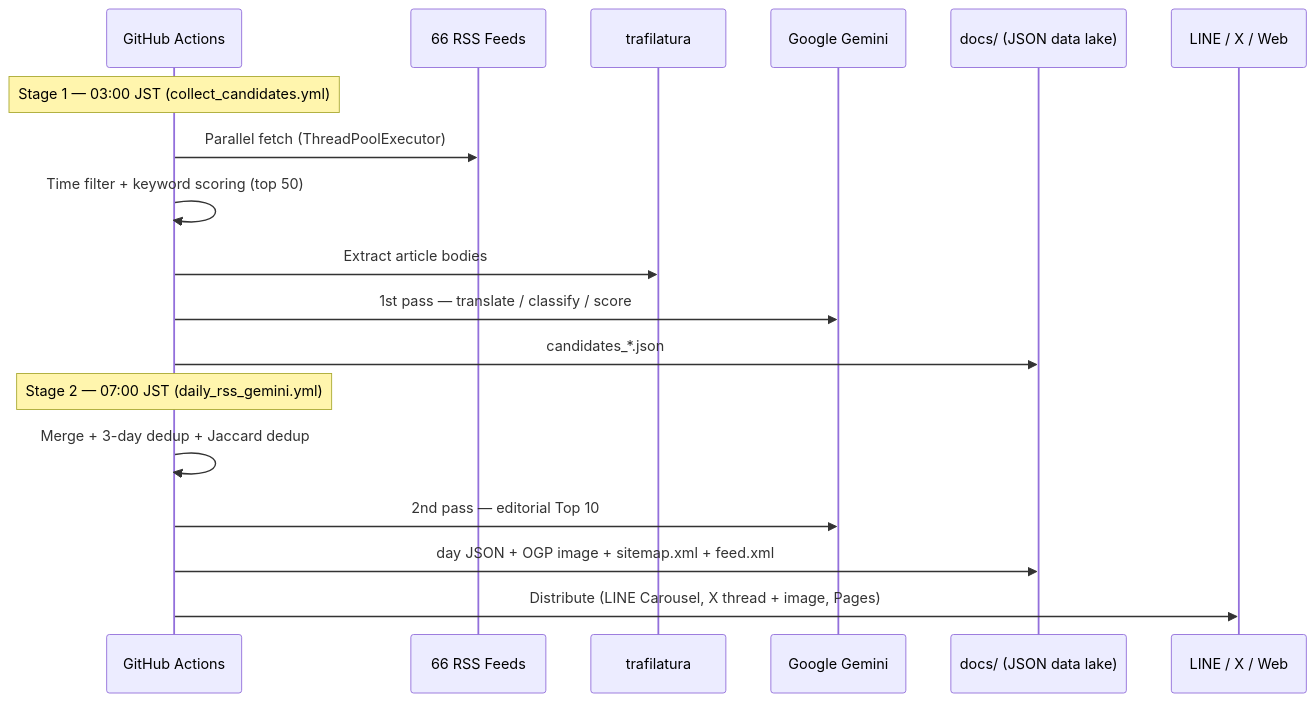
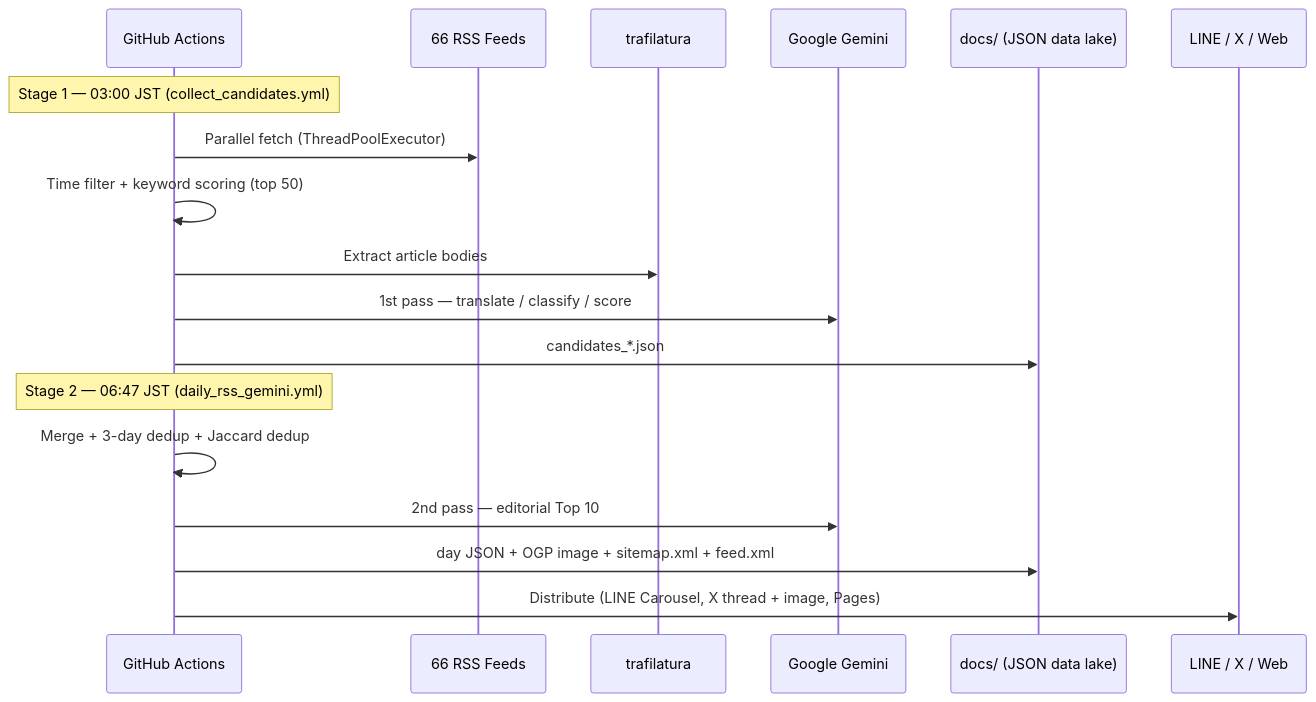
One commit to TadFuji/ai-news-bot changed the diagram in docs/ARCHITECTURE.md. Above: the diagram before and after it, drawn with Mermaid. The commit also changed 4 other files, not shown here.

````diff
--- a/docs/ARCHITECTURE.md
+++ b/docs/ARCHITECTURE.md
@@ -47,22 +47,22 @@
 ```mermaid
 sequenceDiagram
     participant GH as GitHub Actions
     participant RSS as 66 RSS Feeds
     participant TR as trafilatura
     participant GM as Google Gemini
     participant DB as docs/ (JSON data lake)
     participant SNS as LINE / X / Web
 
     Note over GH: Stage 1 — 03:00 JST (collect_candidates.yml)
     GH->>RSS: Parallel fetch (ThreadPoolExecutor)
     GH->>GH: Time filter + keyword scoring (top 50)
     GH->>TR: Extract article bodies
     GH->>GM: 1st pass — translate / classify / score
     GH->>DB: candidates_*.json
 
-    Note over GH: Stage 2 — 07:00 JST (daily_rss_gemini.yml)
+    Note over GH: Stage 2 — 06:47 JST (daily_rss_gemini.yml)
     GH->>GH: Merge + 3-day dedup + Jaccard dedup
     GH->>GM: 2nd pass — editorial Top 10
     GH->>DB: day JSON + OGP image + sitemap.xml + feed.xml
     GH->>SNS: Distribute (LINE Carousel, X thread + image, Pages)
 ```
````
